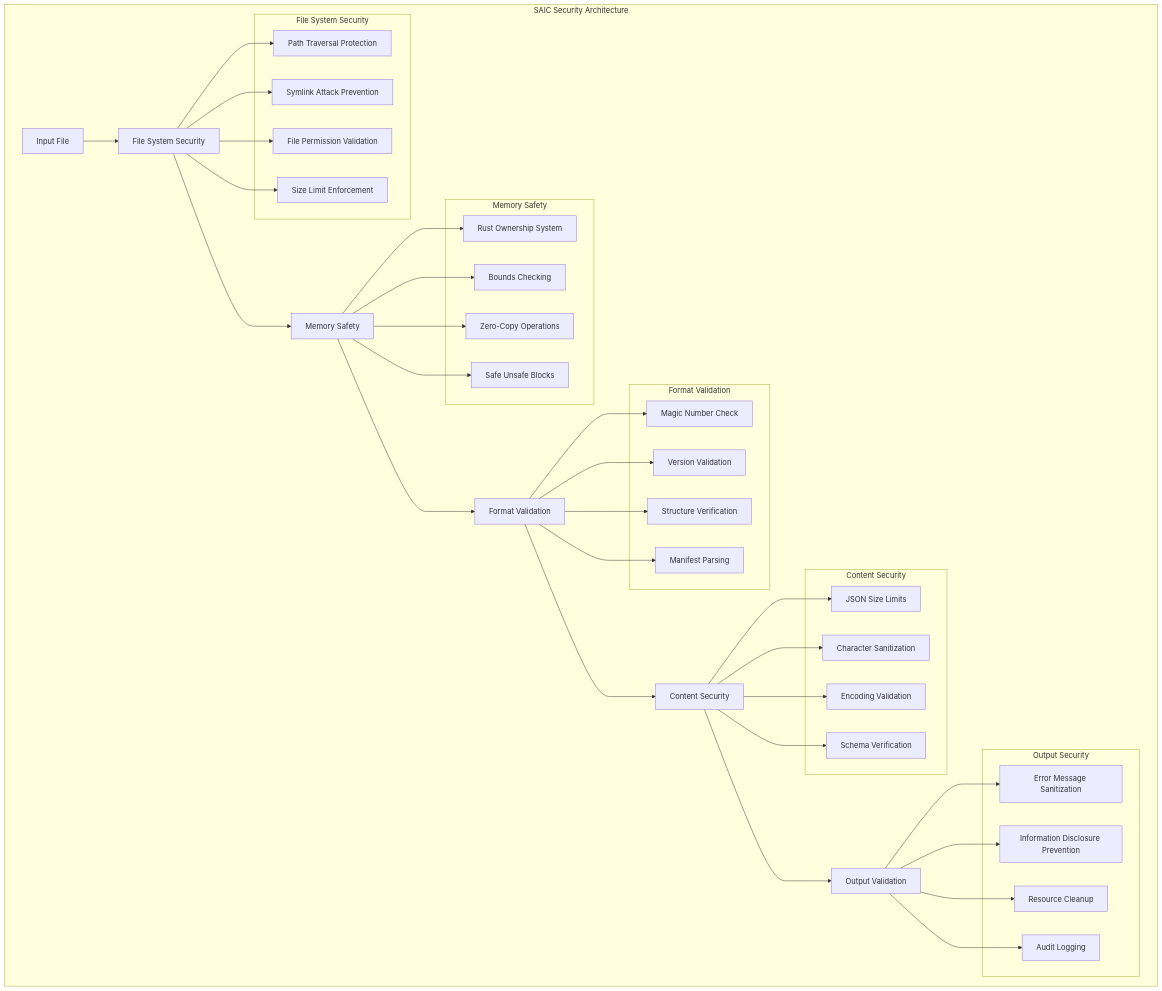
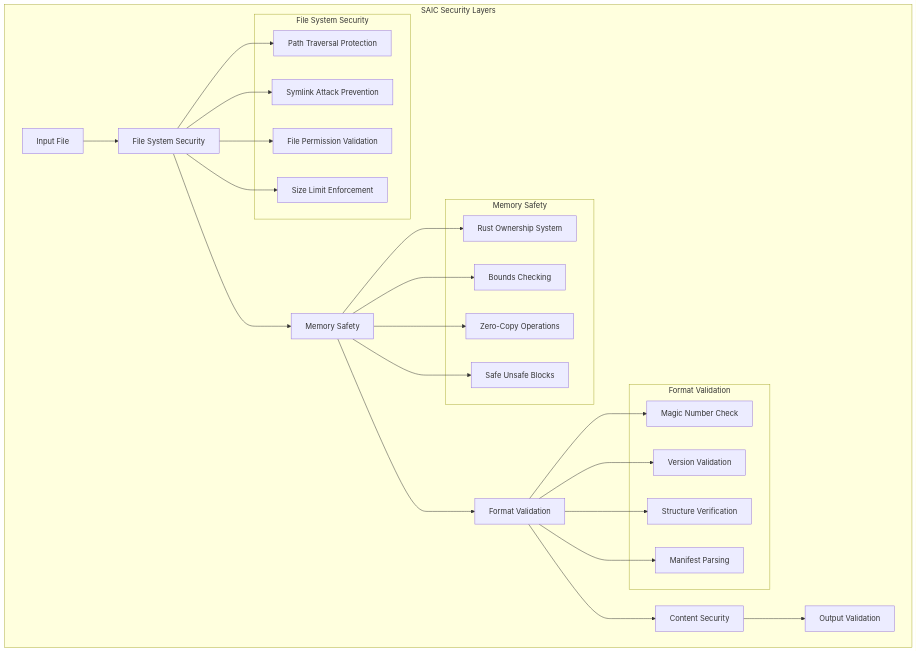
Before and after one commit to Shark1n4Suit/Cnox: the third of 3 diagrams in README.md, drawn with Mermaid. The commit also changed other lines of this file, not shown here.

````diff
--- a/README.md
+++ b/README.md
@@ -196,66 +299,44 @@
 ```mermaid
 graph TB
-    subgraph "SAIC Security Architecture"
+    subgraph "SAIC Security Layers"
         A[Input File] --> B[File System Security]
         B --> C[Memory Safety]
         C --> D[Format Validation]
         D --> E[Content Security]
         E --> F[Output Validation]
         
         subgraph "File System Security"
             G[Path Traversal Protection]
             H[Symlink Attack Prevention]
             I[File Permission Validation]
             J[Size Limit Enforcement]
         end
         
         subgraph "Memory Safety"
             K[Rust Ownership System]
             L[Bounds Checking]
             M[Zero-Copy Operations]
             N[Safe Unsafe Blocks]
         end
         
         subgraph "Format Validation"
             O[Magic Number Check]
             P[Version Validation]
             Q[Structure Verification]
             R[Manifest Parsing]
         end
-        
-        subgraph "Content Security"
-            S[JSON Size Limits]
-            T[Character Sanitization]
-            U[Encoding Validation]
-            V[Schema Verification]
-        end
-        
-        subgraph "Output Security"
-            W[Error Message Sanitization]
-            X[Information Disclosure Prevention]
-            Y[Resource Cleanup]
-            Z[Audit Logging]
-        end
     end
     
     B --> G
     B --> H
     B --> I
     B --> J
     C --> K
     C --> L
     C --> M
     C --> N
     D --> O
     D --> P
     D --> Q
     D --> R
-    E --> S
-    E --> T
-    E --> U
-    E --> V
-    F --> W
-    F --> X
-    F --> Y
-    F --> Z
 ```
````
